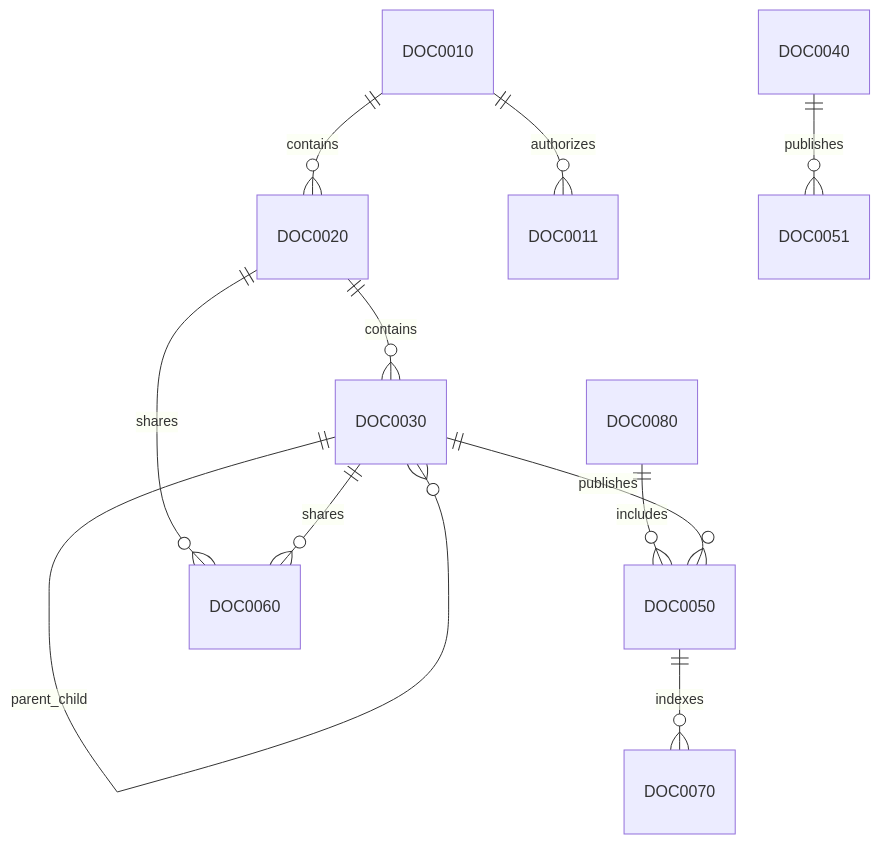
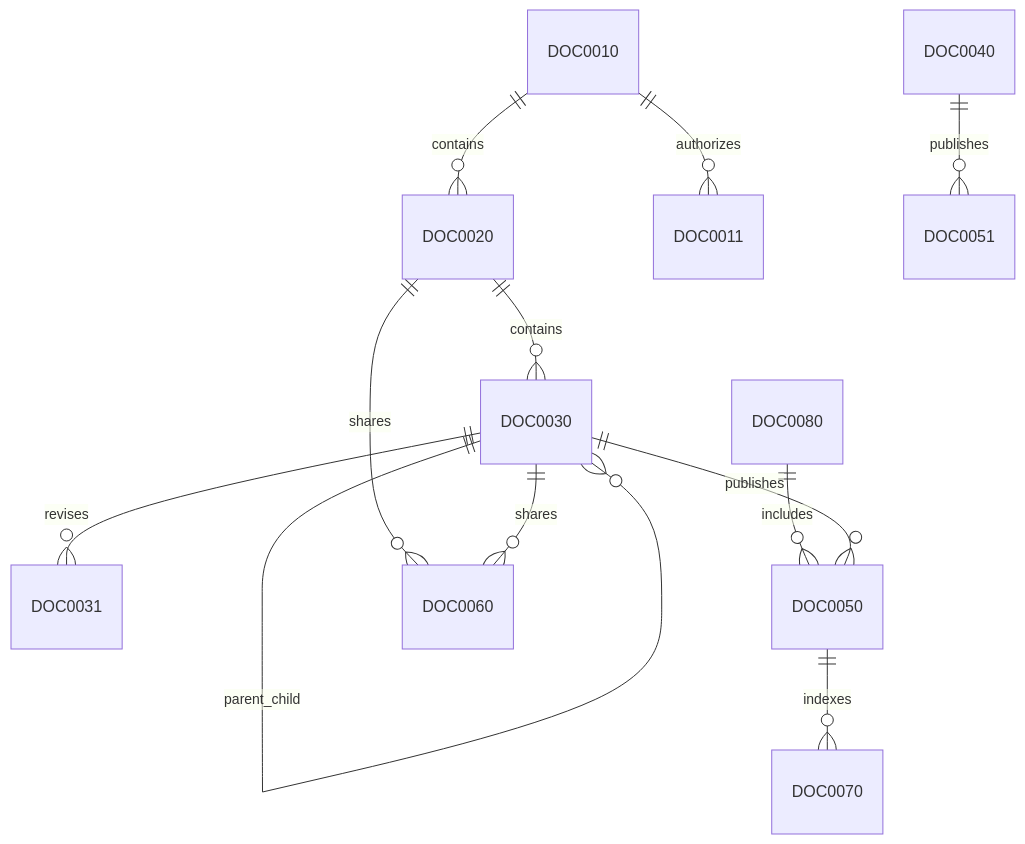
Before and after one commit to transinfosh/frappe_docker: the second of 3 diagrams in development/docs/superpowers/specs/2026-05-17-docs-platform-design.md, drawn with Mermaid. The commit also changed other lines of this file, not shown here.

````diff
--- a/development/docs/superpowers/specs/2026-05-17-docs-platform-design.md
+++ b/development/docs/superpowers/specs/2026-05-17-docs-platform-design.md
@@ -337,13 +368,14 @@
 ```mermaid
 erDiagram
   DOC0010 ||--o{ DOC0020 : contains
   DOC0010 ||--o{ DOC0011 : authorizes
   DOC0020 ||--o{ DOC0030 : contains
   DOC0030 ||--o{ DOC0030 : parent_child
+  DOC0030 ||--o{ DOC0031 : revises
   DOC0080 ||--o{ DOC0050 : includes
   DOC0030 ||--o{ DOC0050 : publishes
   DOC0040 ||--o{ DOC0051 : publishes
   DOC0020 ||--o{ DOC0060 : shares
   DOC0030 ||--o{ DOC0060 : shares
   DOC0050 ||--o{ DOC0070 : indexes
 ```
````
